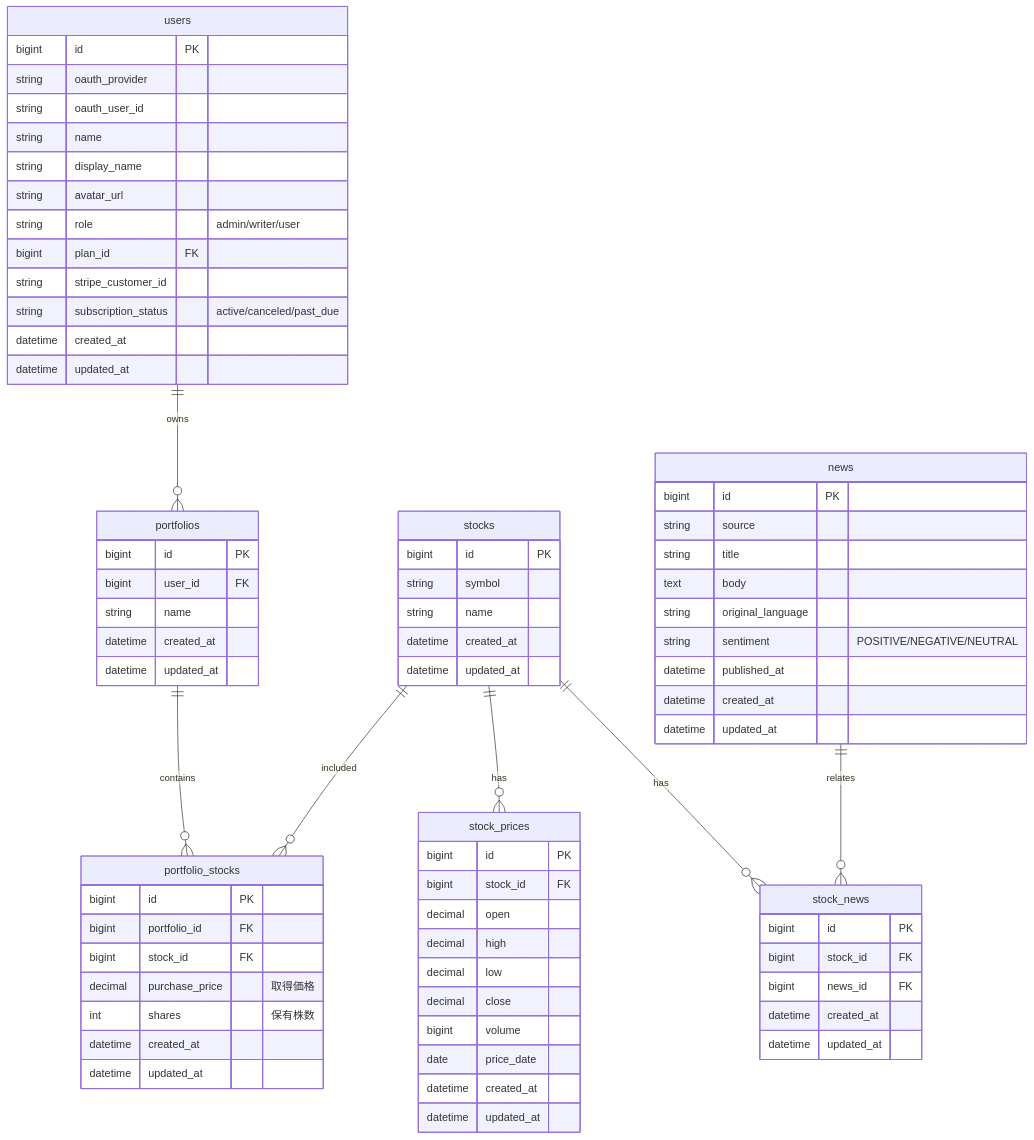
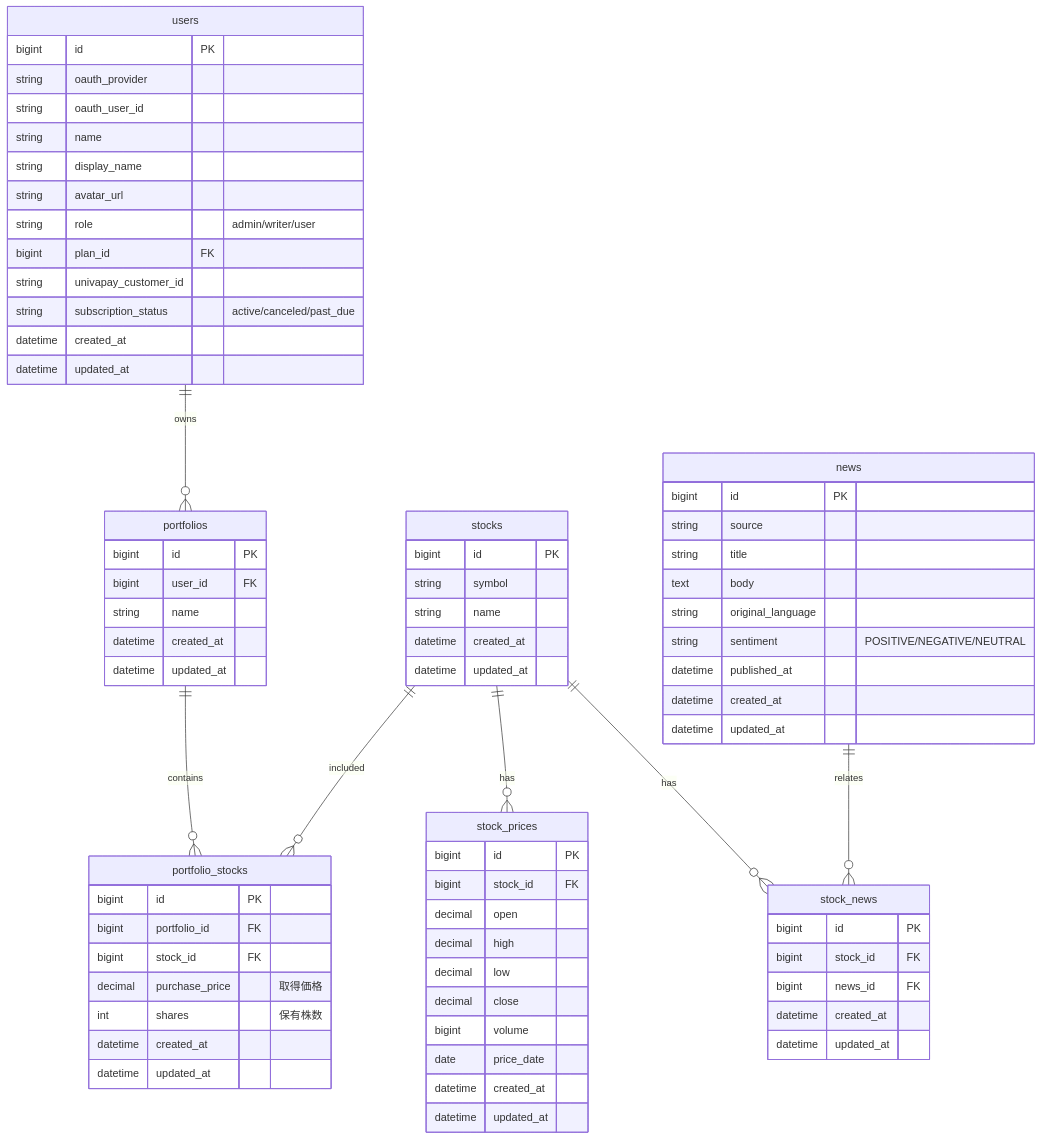
The first of 5 diagrams in docs/functions/portfolio/home.md (RRRRRRR-777/SikouLab), drawn with Mermaid before and after one commit. The commit also changed 110 other files, not shown here.

```diff
--- a/docs/functions/portfolio/home.md
+++ b/docs/functions/portfolio/home.md
@@ -131,7 +131,7 @@
         string avatar_url
         string role "admin/writer/user"
         bigint plan_id FK
-        string stripe_customer_id
+        string univapay_customer_id
         string subscription_status "active/canceled/past_due"
         datetime created_at
         datetime updated_at
```
